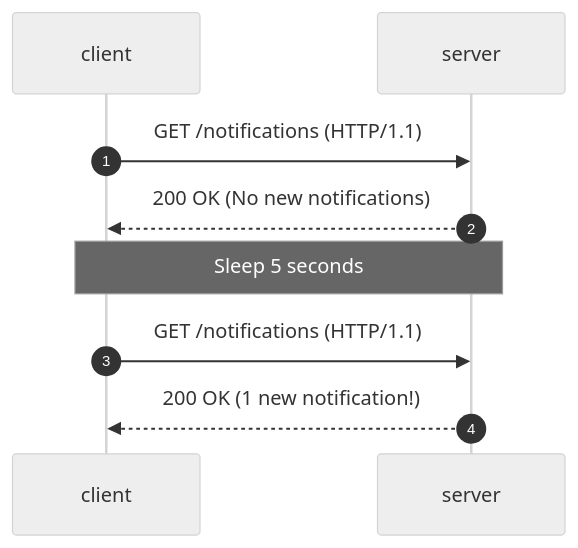
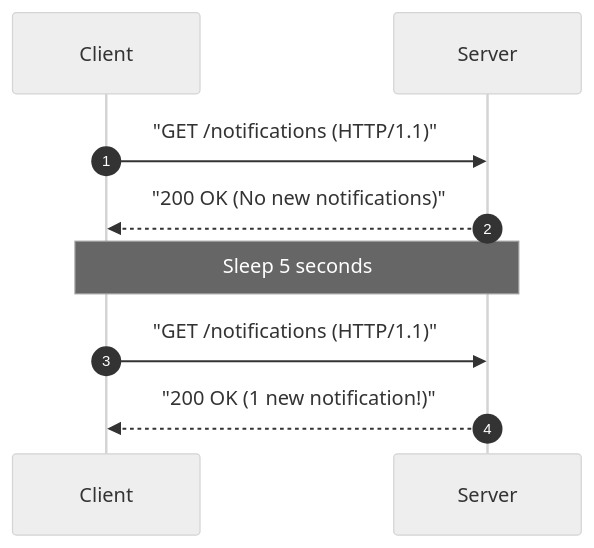
The first of 7 diagrams in Patterns/01_realtime_updates.md (weifengcao/deep_system_design), drawn with Mermaid (neutral theme) before and after one commit. The commit also changed other lines of this file and 1 other file, not shown here.

First line of the commit message:
fix: resolve remaining Mermaid rendering issues in 01 and 02

````diff
--- a/Patterns/01_realtime_updates.md
+++ b/Patterns/01_realtime_updates.md
@@ -32,9 +32,11 @@
 ```mermaid
 sequenceDiagram
     autonumber
-    client->>server: GET /notifications (HTTP/1.1)
-    server-->>client: 200 OK (No new notifications)
+    participant client as Client
+    participant server as Server
+    client->>server: "GET /notifications (HTTP/1.1)"
+    server-->>client: "200 OK (No new notifications)"
     Note over client,server: Sleep 5 seconds
-    client->>server: GET /notifications (HTTP/1.1)
-    server-->>client: 200 OK (1 new notification!)
+    client->>server: "GET /notifications (HTTP/1.1)"
+    server-->>client: "200 OK (1 new notification!)"
 ```
````
